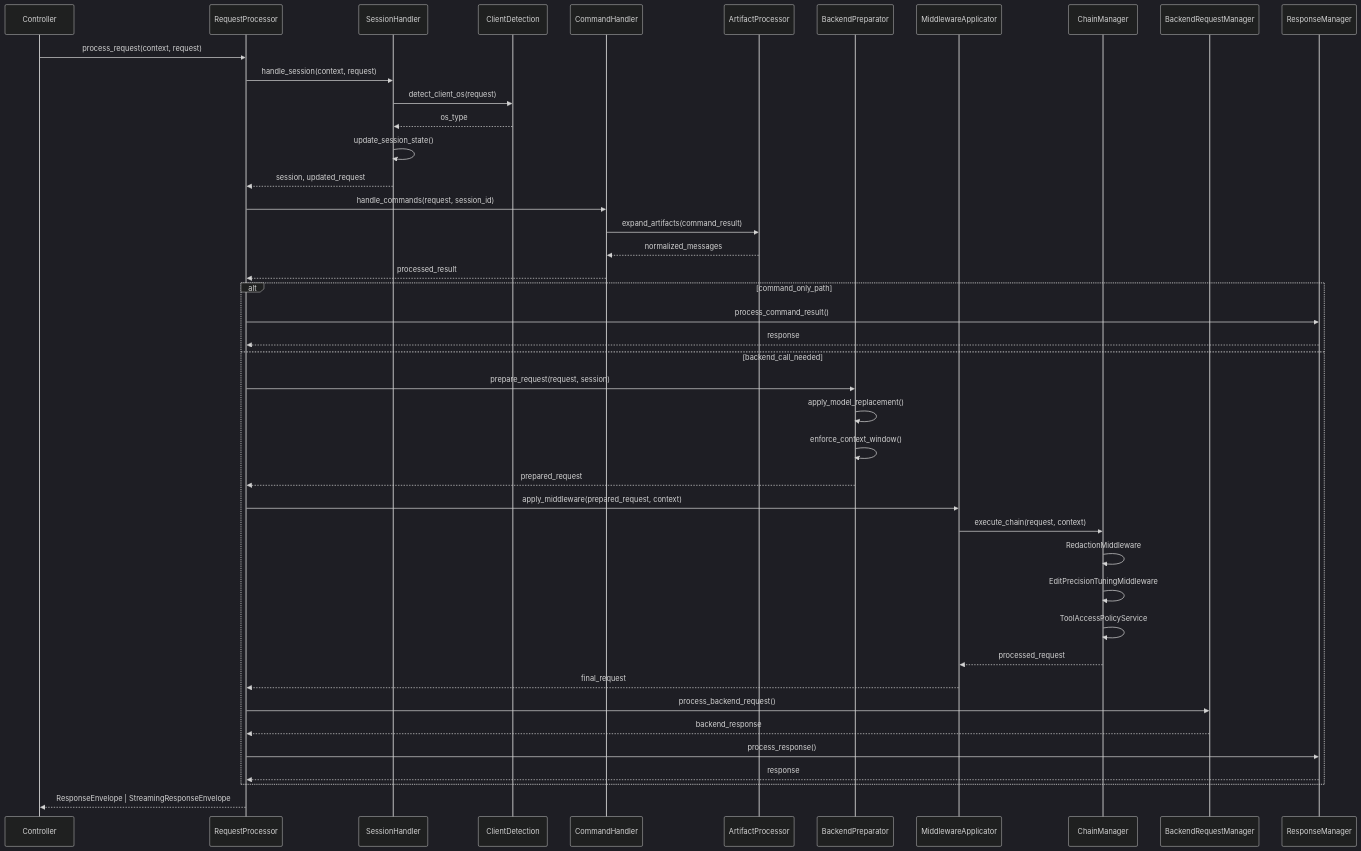
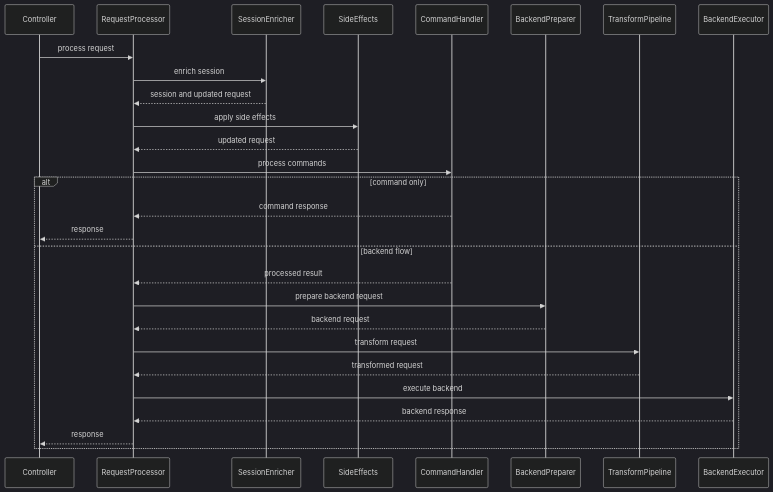
The second of 2 diagrams in .kiro/specs/request-processor-refactoring/design.md (matdev83/llm-interactive-proxy), drawn with Mermaid (dark theme) before and after one commit. The commit also changed other lines of this file and 7 other files, not shown here.

Commit message:
Update specifications for backend service and request processor refactoring

````diff
--- a/.kiro/specs/request-processor-refactoring/design.md
+++ b/.kiro/specs/request-processor-refactoring/design.md
@@ -164,52 +104,33 @@
 ```mermaid
 sequenceDiagram
     participant Controller
     participant RequestProcessor
-    participant SessionHandler
-    participant ClientDetection
+    participant SessionEnricher
+    participant SideEffects
     participant CommandHandler
-    participant ArtifactProcessor
-    participant BackendPreparator
-    participant MiddlewareApplicator
-    participant ChainManager
-    participant BackendRequestManager
-    participant ResponseManager
+    participant BackendPreparer
+    participant TransformPipeline
+    participant BackendExecutor
 
-    Controller->>RequestProcessor: process_request(context, request)
-    RequestProcessor->>SessionHandler: handle_session(context, request)
-    SessionHandler->>ClientDetection: detect_client_os(request)
-    ClientDetection-->>SessionHandler: os_type
-    SessionHandler->>SessionHandler: update_session_state()
-    SessionHandler-->>RequestProcessor: session, updated_request
-    
-    RequestProcessor->>CommandHandler: handle_commands(request, session_id)
-    CommandHandler->>ArtifactProcessor: expand_artifacts(command_result)
-    ArtifactProcessor-->>CommandHandler: normalized_messages
-    CommandHandler-->>RequestProcessor: processed_result
-    
-    alt command_only_path
-        RequestProcessor->>ResponseManager: process_command_result()
-        ResponseManager-->>RequestProcessor: response
-    else backend_call_needed
-        RequestProcessor->>BackendPreparator: prepare_request(request, session)
-        BackendPreparator->>BackendPreparator: apply_model_replacement()
-        BackendPreparator->>BackendPreparator: enforce_context_window()
-        BackendPreparator-->>RequestProcessor: prepared_request
-        
-        RequestProcessor->>MiddlewareApplicator: apply_middleware(prepared_request, context)
-        MiddlewareApplicator->>ChainManager: execute_chain(request, context)
-        ChainManager->>ChainManager: RedactionMiddleware
-        ChainManager->>ChainManager: EditPrecisionTuningMiddleware
-        ChainManager->>ChainManager: ToolAccessPolicyService
-        ChainManager-->>MiddlewareApplicator: processed_request
-        MiddlewareApplicator-->>RequestProcessor: final_request
-        
-        RequestProcessor->>BackendRequestManager: process_backend_request()
-        BackendRequestManager-->>RequestProcessor: backend_response
-        
-        RequestProcessor->>ResponseManager: process_response()
-        ResponseManager-->>RequestProcessor: response
+    Controller->>RequestProcessor: process request
+    RequestProcessor->>SessionEnricher: enrich session
+    SessionEnricher-->>RequestProcessor: session and updated request
+
+    RequestProcessor->>SideEffects: apply side effects
+    SideEffects-->>RequestProcessor: updated request
+
+    RequestProcessor->>CommandHandler: process commands
+    alt command only
+        CommandHandler-->>RequestProcessor: command response
+        RequestProcessor-->>Controller: response
+    else backend flow
+        CommandHandler-->>RequestProcessor: processed result
+        RequestProcessor->>BackendPreparer: prepare backend request
+        BackendPreparer-->>RequestProcessor: backend request
+        RequestProcessor->>TransformPipeline: transform request
+        TransformPipeline-->>RequestProcessor: transformed request
+        RequestProcessor->>BackendExecutor: execute backend
+        BackendExecutor-->>RequestProcessor: backend response
+        RequestProcessor-->>Controller: response
     end
-    
-    RequestProcessor-->>Controller: ResponseEnvelope | StreamingResponseEnvelope
 ```
````
